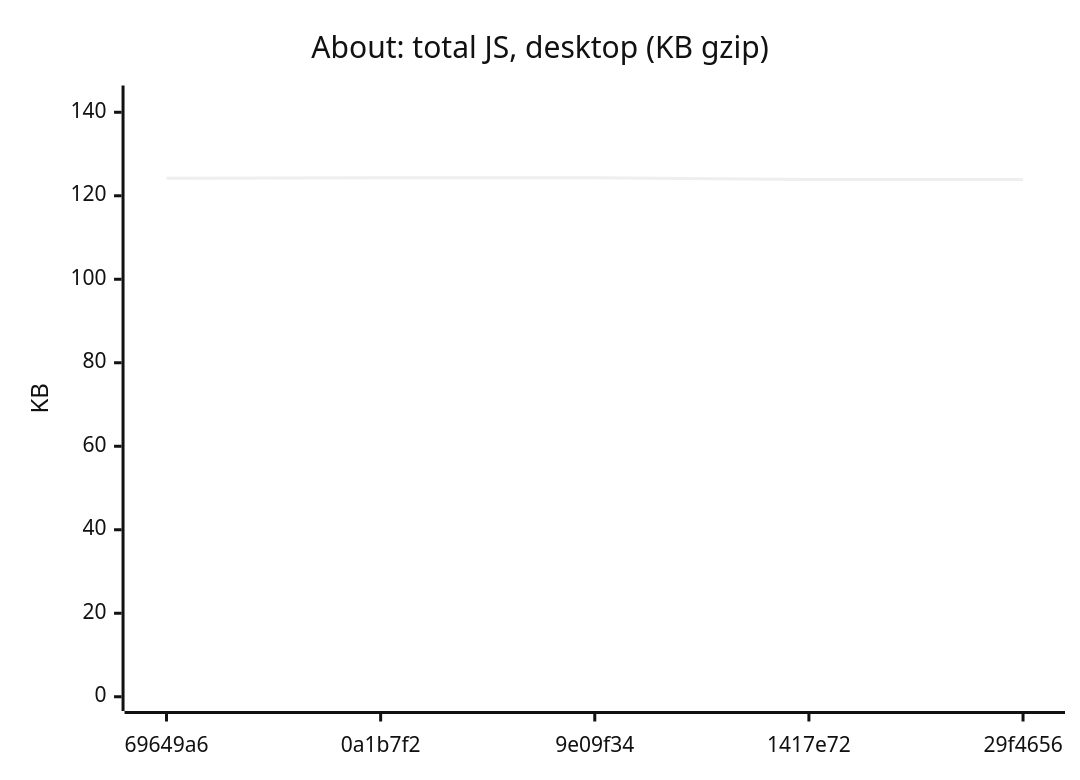
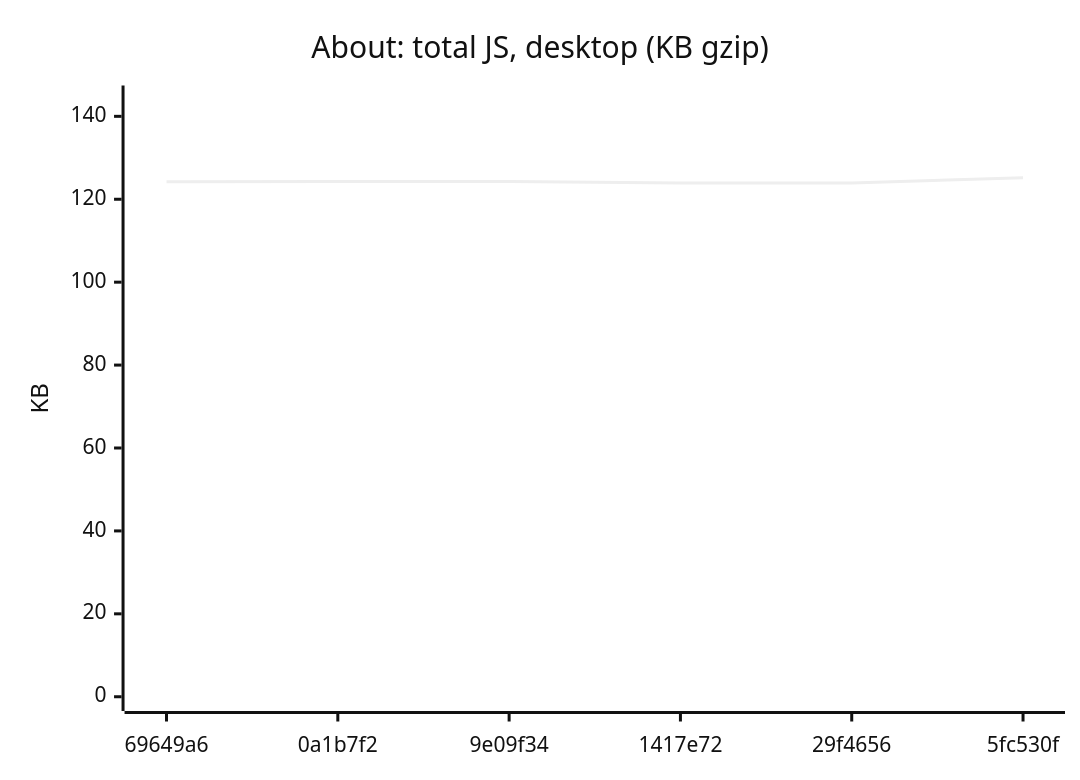
One commit to AxelUser/maltsev.space changed the fifth of 18 diagrams in README.md. Above: the diagram before and after it, drawn with Mermaid (neutral theme). The commit also changed other lines of this file and 1 other file, not shown here.

````diff
--- a/README.md
+++ b/README.md
@@ -71,7 +71,7 @@
 ```mermaid
 xychart-beta
   title "About: total JS, desktop (KB gzip)"
-  x-axis ["69649a6", "0a1b7f2", "9e09f34", "1417e72", "29f4656"]
-  y-axis "KB" 0 --> 143
-  line [124.2, 124.3, 124.3, 123.9, 123.9]
+  x-axis ["69649a6", "0a1b7f2", "9e09f34", "1417e72", "29f4656", "5fc530f"]
+  y-axis "KB" 0 --> 144
+  line [124.2, 124.3, 124.3, 123.9, 123.9, 125.2]
 ```
````
